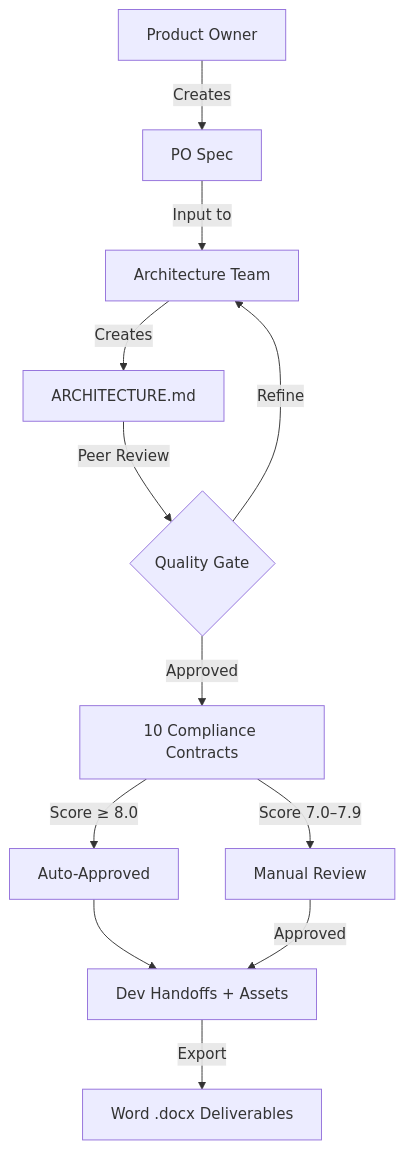
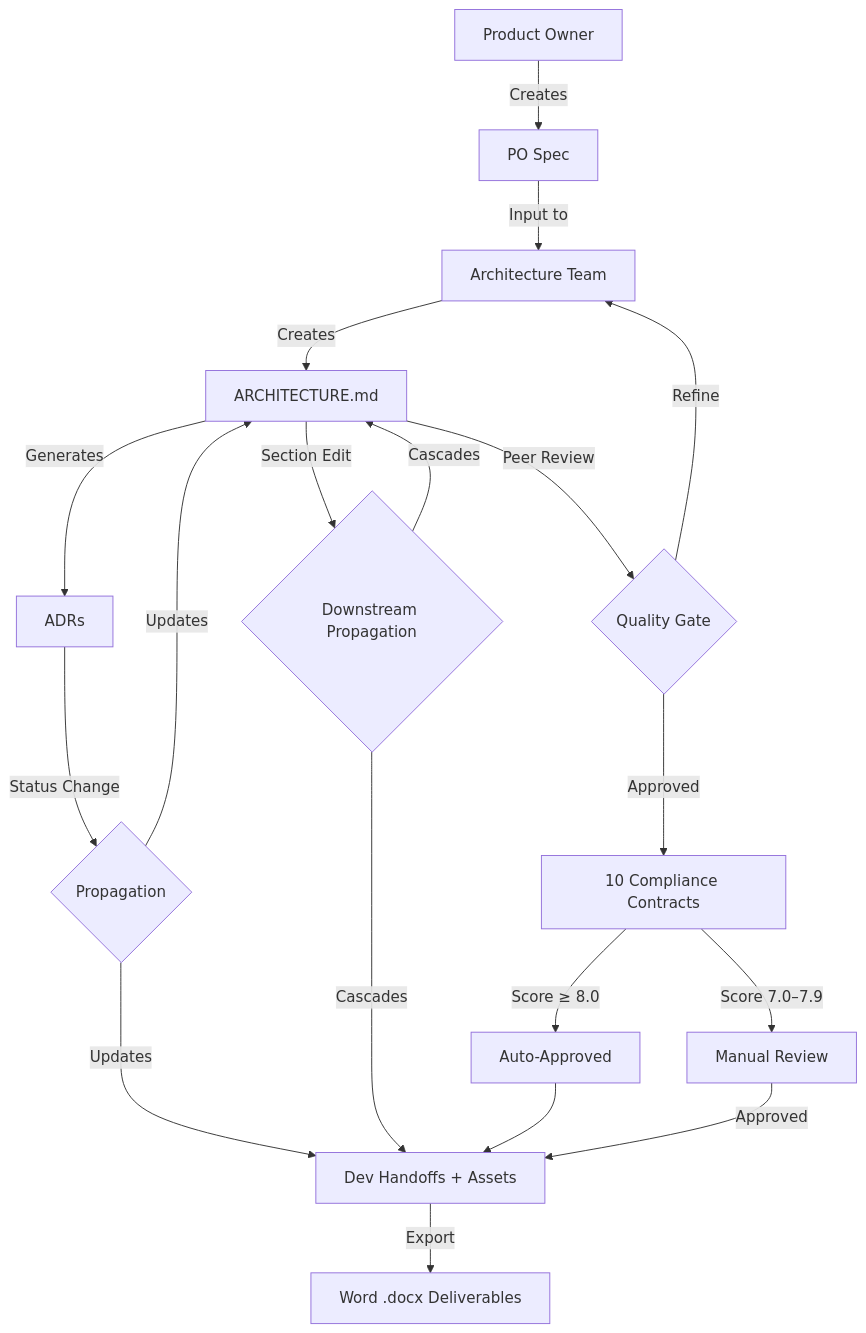
One commit to shadowX4fox/solutions-architect-skills changed the diagram in README.md. Above: the diagram before and after it, drawn with Mermaid.

Commit message:
docs: add ADR and downstream propagation flows to workflow integration diagram

````diff
--- a/README.md
+++ b/README.md
@@ -490,14 +490,21 @@
 ```mermaid
 graph TD
     A[Product Owner] -->|Creates| B[PO Spec]
     B -->|Input to| C[Architecture Team]
     C -->|Creates| D[ARCHITECTURE.md]
+    D -->|Generates| L[ADRs]
+    L -->|Status Change| M{Propagation}
+    M -->|Updates| D
+    M -->|Updates| J
+    D -->|Section Edit| N{Downstream Propagation}
+    N -->|Cascades| D
+    N -->|Cascades| J
     D -->|Peer Review| E{Quality Gate}
     E -->|Approved| F[10 Compliance Contracts]
     E -->|Refine| C
     F -->|Score ≥ 8.0| G[Auto-Approved]
     F -->|Score 7.0–7.9| H[Manual Review]
     G --> J[Dev Handoffs + Assets]
     H -->|Approved| J
     J -->|Export| K[Word .docx Deliverables]
 ```
````
